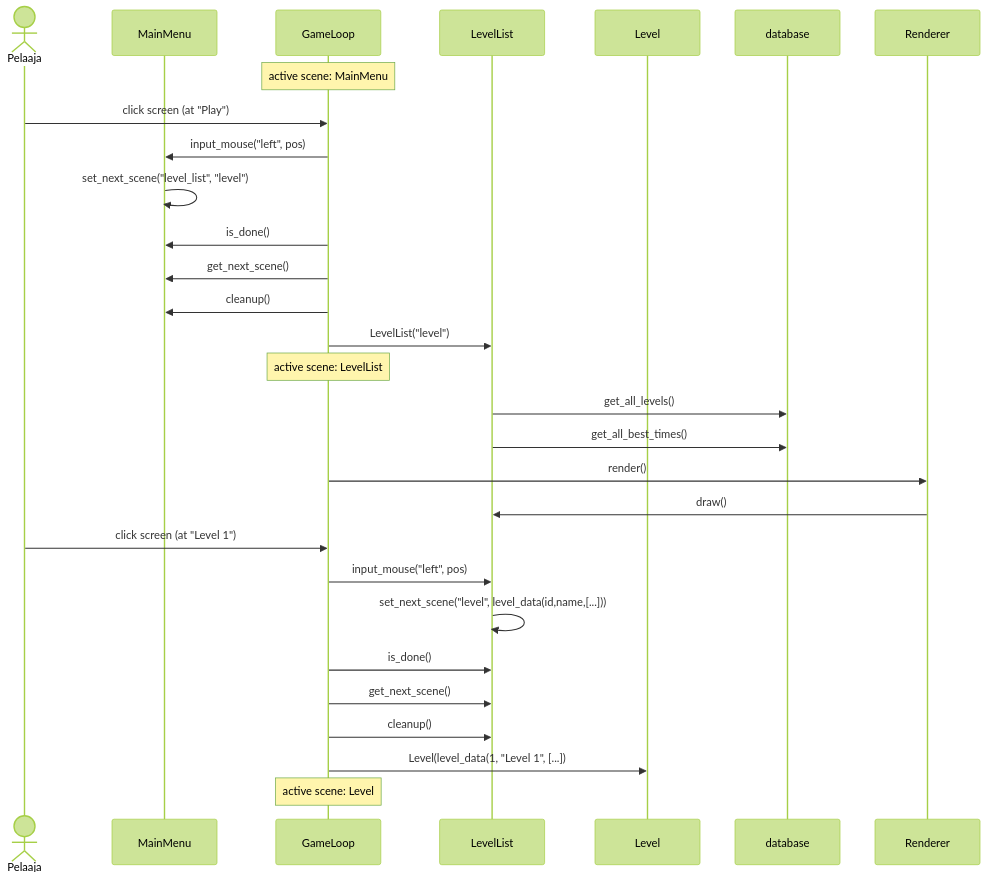
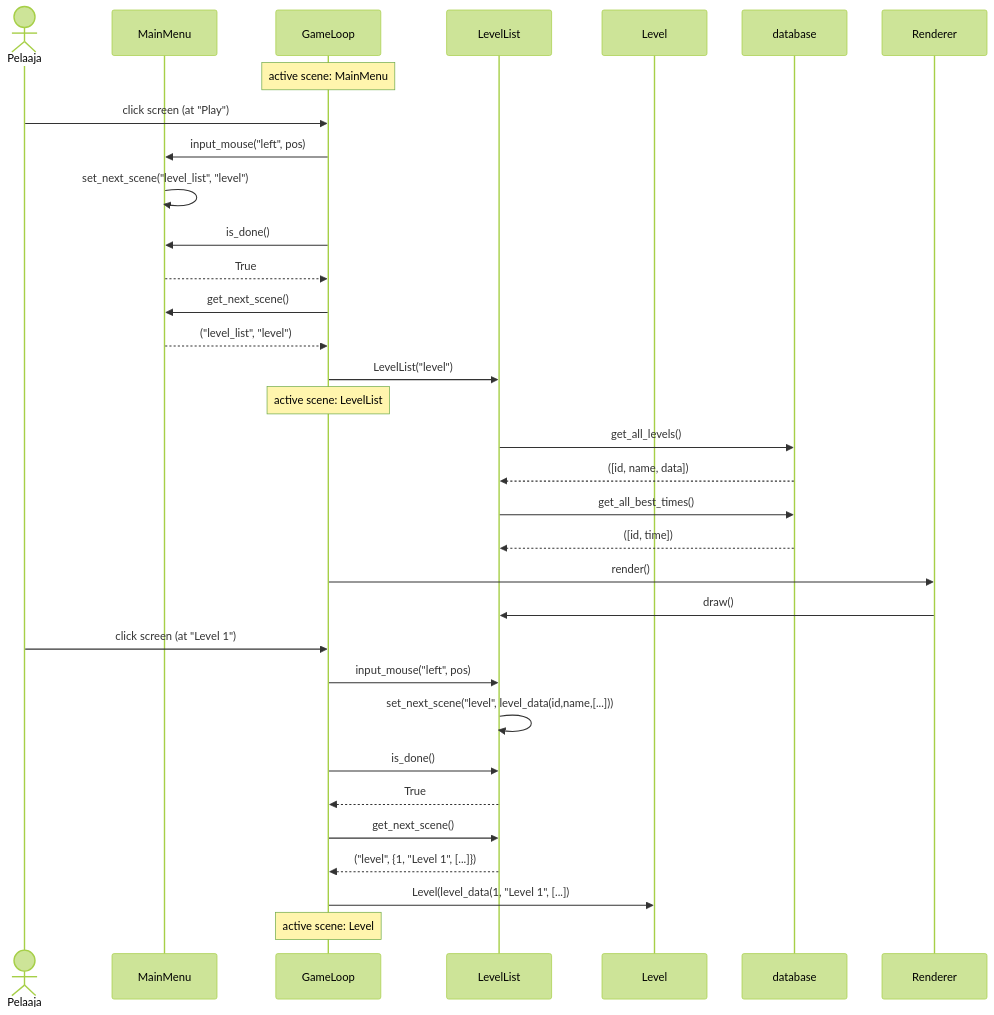
Before and after one commit to Zediyo/ot-harjoitustyo: the third of 3 diagrams in dokumentaatio/arkkitehtuuri.md, drawn with Mermaid (forest theme).

````diff
--- a/dokumentaatio/arkkitehtuuri.md
+++ b/dokumentaatio/arkkitehtuuri.md
@@ -74,32 +74,36 @@
 ```mermaid
 sequenceDiagram
     actor Pelaaja
     participant MainMenu
     participant GameLoop
     participant LevelList
     participant Level
     participant database
     participant Renderer
 
     Note over GameLoop: active scene: MainMenu
     Pelaaja->>GameLoop: click screen (at "Play")
     GameLoop->>MainMenu: input_mouse("left", pos)
     MainMenu->>MainMenu: set_next_scene("level_list", "level")
     GameLoop->>MainMenu: is_done()
+    MainMenu-->>GameLoop: True
     GameLoop->>MainMenu: get_next_scene()
-    GameLoop->>MainMenu: cleanup()
+    MainMenu-->>GameLoop: ("level_list", "level")
     GameLoop->>LevelList: LevelList("level")
     Note over GameLoop: active scene: LevelList
     LevelList->>database: get_all_levels()
+    database-->>LevelList: ([id, name, data])
     LevelList->>database: get_all_best_times()
+    database-->>LevelList: ([id, time])
     GameLoop->>Renderer: render()
     Renderer->>LevelList: draw()
     Pelaaja->>GameLoop: click screen (at "Level 1")
     GameLoop->>LevelList: input_mouse("left", pos)
     LevelList->>LevelList: set_next_scene("level", level_data(id,name,[...]))
     GameLoop->>LevelList: is_done()
+    LevelList-->>GameLoop: True
     GameLoop->>LevelList: get_next_scene()
-    GameLoop->>LevelList: cleanup()
+    LevelList-->>GameLoop: ("level", {1, "Level 1", [...]})
     GameLoop->>Level: Level(level_data(1, "Level 1", [...])
     Note over GameLoop: active scene: Level
 ```
````
